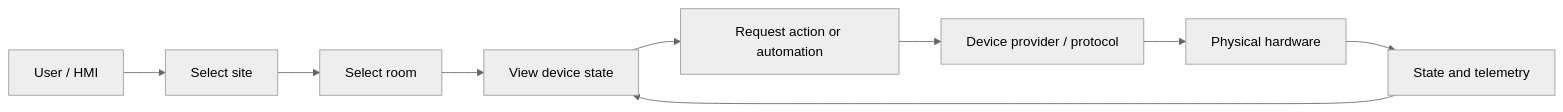
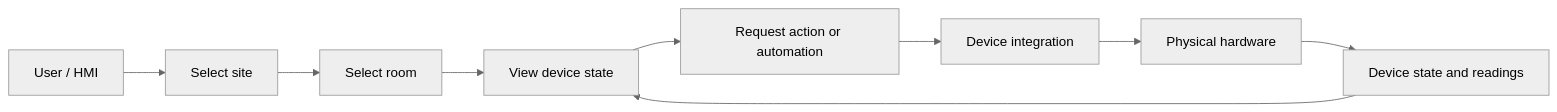
The first of 3 diagrams in frontend/content/projects/sensio-iot.md (farismnrr/portofolio), drawn with Mermaid (neutral theme) before and after one commit. The commit also changed other lines of this file, not shown here.

````diff
--- a/frontend/content/projects/sensio-iot.md
+++ b/frontend/content/projects/sensio-iot.md
@@ -32,11 +32,11 @@
 ```mermaid
 flowchart LR
     U[User / HMI] --> S[Select site]
     S --> R[Select room]
     R --> D[View device state]
     D --> A[Request action or automation]
-    A --> P[Device provider / protocol]
+    A --> P[Device integration]
     P --> H[Physical hardware]
-    H --> T[State and telemetry]
+    H --> T[Device state and readings]
     T --> D
 ```
````
